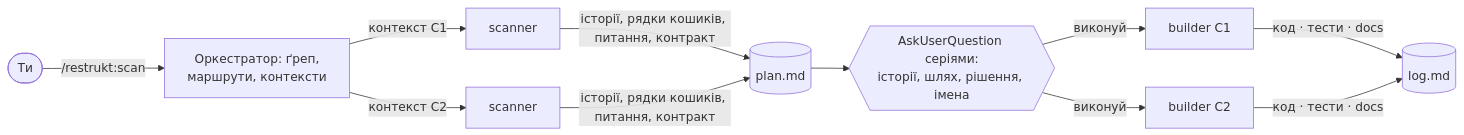
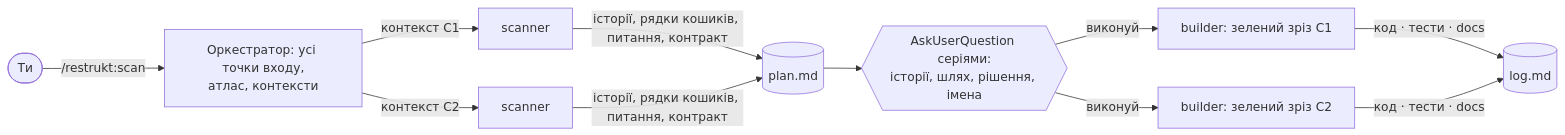
One commit to romxnb/restrukt changed the second of 3 diagrams in README.md. Above: the diagram before and after it, drawn with Mermaid. The commit also changed other lines of this file and 18 other files, not shown here.

Commit message:
restrukt 0.7.0: атлас маршрутів як обов'язковий результат, семантична трасованість як DoD, orchestration home, зелений зріз до 5 рядків

````diff
--- a/README.md
+++ b/README.md
@@ -22,11 +22,11 @@
 ```mermaid
 flowchart LR
-  U([Ти]) -->|/restrukt:scan| O[Оркестратор: ґреп,<br/>маршрути, контексти]
+  U([Ти]) -->|/restrukt:scan| O[Оркестратор: усі точки входу,<br/>атлас, контексти]
   O -->|контекст C1| S1[scanner]
   O -->|контекст C2| S2[scanner]
   S1 & S2 -->|історії, рядки кошиків, питання, контракт| P[(plan.md)]
   P --> QA{{AskUserQuestion серіями:<br/>історії, шлях, рішення, імена}}
-  QA -->|виконуй| B1[builder C1]
-  QA -->|виконуй| B2[builder C2]
+  QA -->|виконуй| B1[builder: зелений зріз C1]
+  QA -->|виконуй| B2[builder: зелений зріз C2]
   B1 & B2 -->|код · тести · docs| L[(log.md)]
 ```
````
